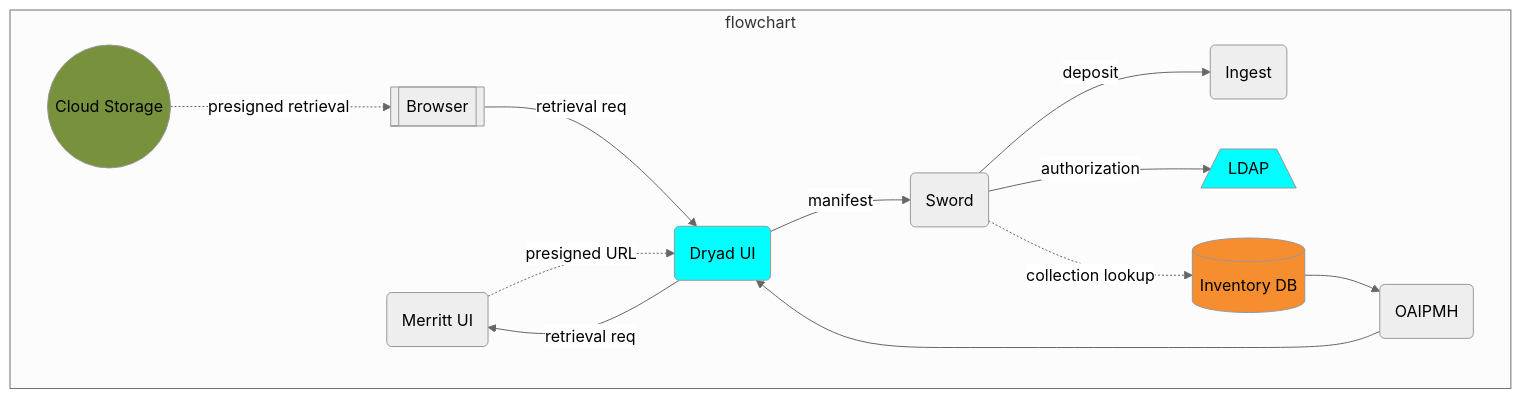
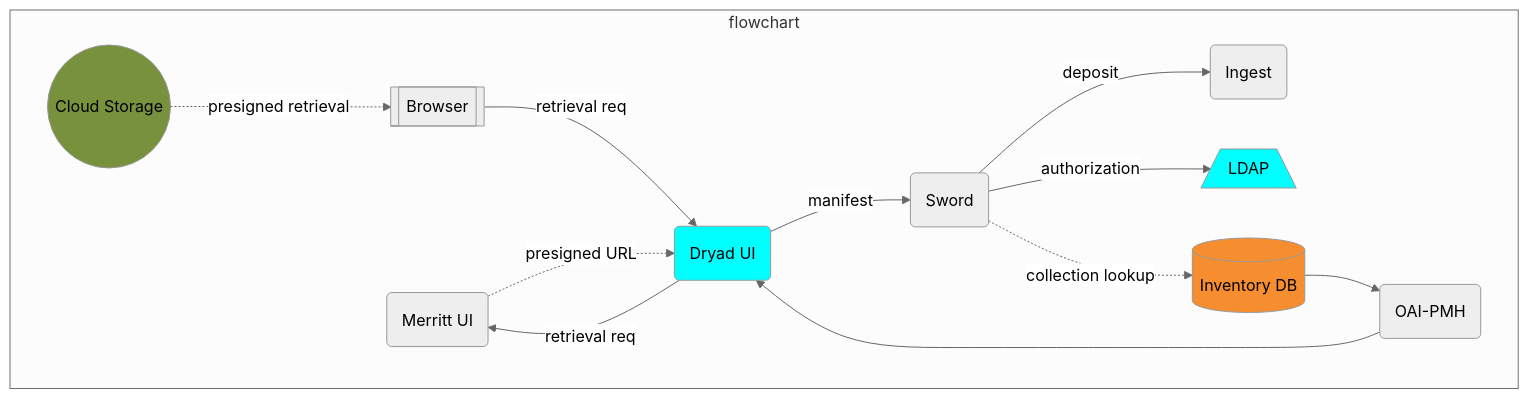
The diagram in diagrams/overview-dryad.mmd (CDLUC3/mrt-doc), drawn with Mermaid before and after one commit.

Commit message:
add oai link

```diff
--- a/diagrams/overview-dryad.mmd
+++ b/diagrams/overview-dryad.mmd
@@ -1,33 +1,34 @@
 %%{init: {'theme': 'neutral', 'securityLevel': 'loose'}}%%
 graph TD
   UI(Merritt UI)
   click UI href "https://github.com/CDLUC3/mrt-dashboard" "source code"
   DRYAD(Dryad UI)
   click DRYAD href "https://datadryad.org/" "service link"
   RDS[(Inventory DB)]
   CLOUD(("Cloud Storage"))
   click CLOUD href "https://github.com/CDLUC3/mrt-cloud" "source code"
   LDAP[/LDAP\]
   SWORD(Sword)
   click SWORD href "https://github.com/CDLUC3/mrt-sword" "source code"
   BROWSER[[Browser]]
   ING(Ingest)
   click ING href "https://github.com/CDLUC3/mrt-ingest" "source code"
+  OAI(OAI-PMH)
+  click OAI href "https://github.com/CDLUC3/mrt-oai" "source code"
 
   subgraph flowchart
     BROWSER --> |retrieval req| DRYAD
     DRYAD --> |retrieval req| UI
     UI -.-> |presigned URL| DRYAD
     DRYAD --> |manifest| SWORD
     SWORD --> |deposit| ING
     SWORD --> |authorization| LDAP
     RDS --> OAI
-    OAI(OAIPMH)
     OAI --> DRYAD
     CLOUD -.-> |presigned retrieval| BROWSER
     SWORD -.-> |collection lookup| RDS
   end
   style CLOUD fill:#77913C
   style RDS fill:#F68D2F
   style LDAP fill:cyan
   style DRYAD fill:cyan
```
